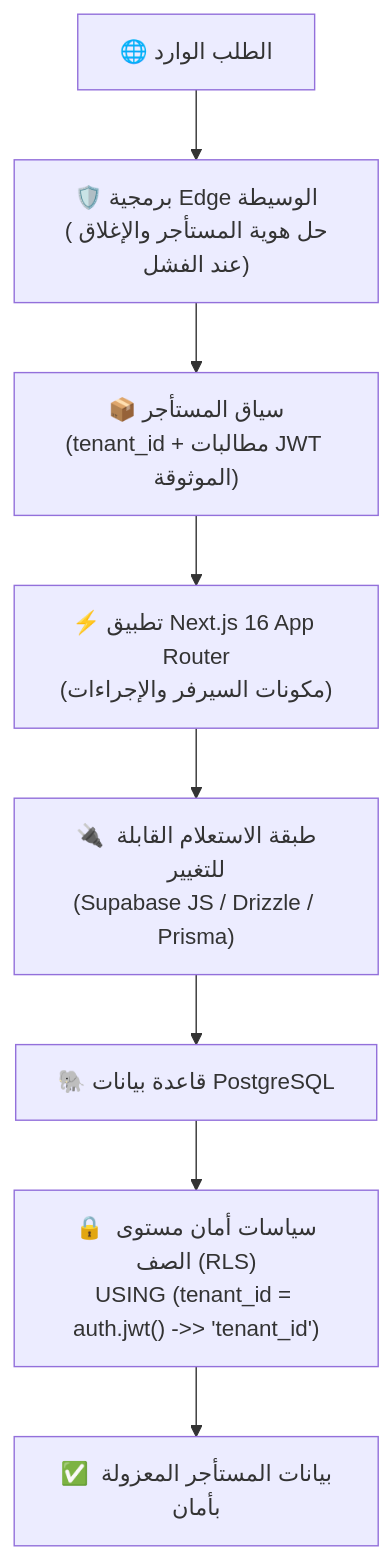
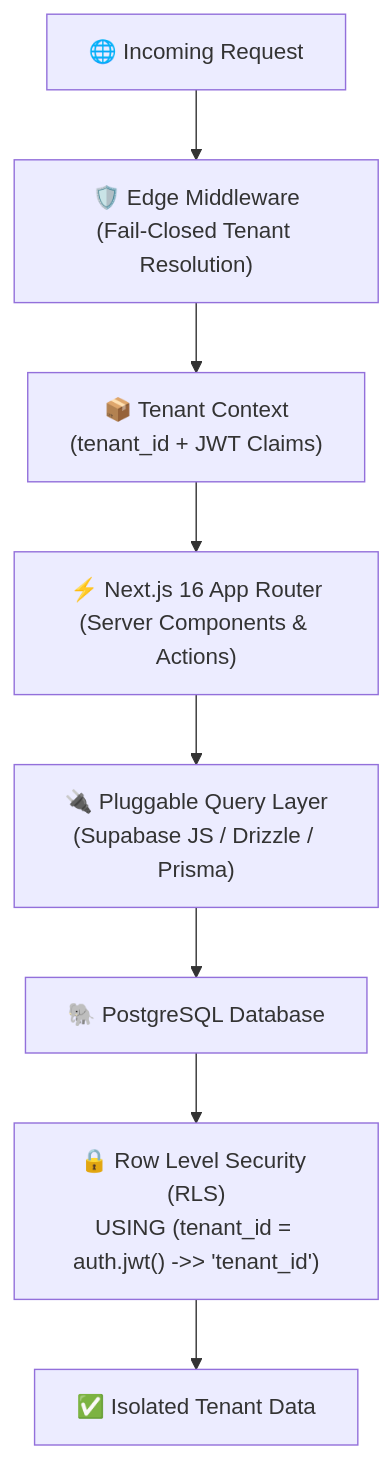
The first of 2 diagrams in README.ar.md (TidyFactor/Next), drawn with Mermaid before and after one commit. The commit also changed other lines of this file and 5 other files, not shown here.

````diff
--- a/README.ar.md
+++ b/README.ar.md
@@ -29,10 +88,10 @@
 ```mermaid
 graph TD
-    UserReq["🌐 الطلب الوارد"] --> Edge["🛡️ برمجية Edge الوسيطة<br/>(حل هوية المستأجر والإغلاق عند الفشل)"]
-    Edge --> Context["📦 سياق المستأجر<br/>(tenant_id + مطالبات JWT الموثوقة)"]
-    Context --> App["⚡ تطبيق Next.js 16 App Router<br/>(مكونات السيرفر والإجراءات)"]
-    App --> Query["🔌 طبقة الاستعلام القابلة للتغيير<br/>(Supabase JS / Drizzle / Prisma)"]
-    Query --> Postgres["🐘 قاعدة بيانات PostgreSQL"]
-    Postgres --> RLS["🔒 سياسات أمان مستوى الصف (RLS)<br/>USING (tenant_id = auth.jwt() ->> 'tenant_id')"]
-    RLS --> Data["✅ بيانات المستأجر المعزولة بأمان"]
+    UserReq["🌐 Incoming Request"] --> Edge["🛡️ Edge Middleware<br/>(Fail-Closed Tenant Resolution)"]
+    Edge --> Context["📦 Tenant Context<br/>(tenant_id + JWT Claims)"]
+    Context --> App["⚡ Next.js 16 App Router<br/>(Server Components & Actions)"]
+    App --> Query["🔌 Pluggable Query Layer<br/>(Supabase JS / Drizzle / Prisma)"]
+    Query --> Postgres["🐘 PostgreSQL Database"]
+    Postgres --> RLS["🔒 Row Level Security (RLS)<br/>USING (tenant_id = auth.jwt() ->> 'tenant_id')"]
+    RLS --> Data["✅ Isolated Tenant Data"]
 ```
````
